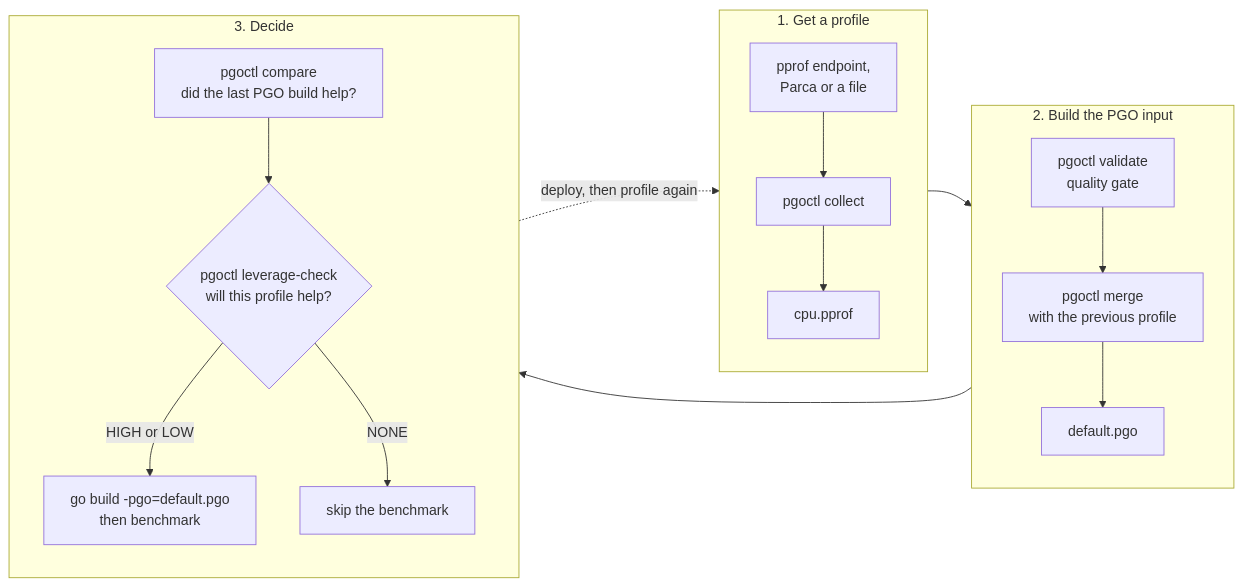
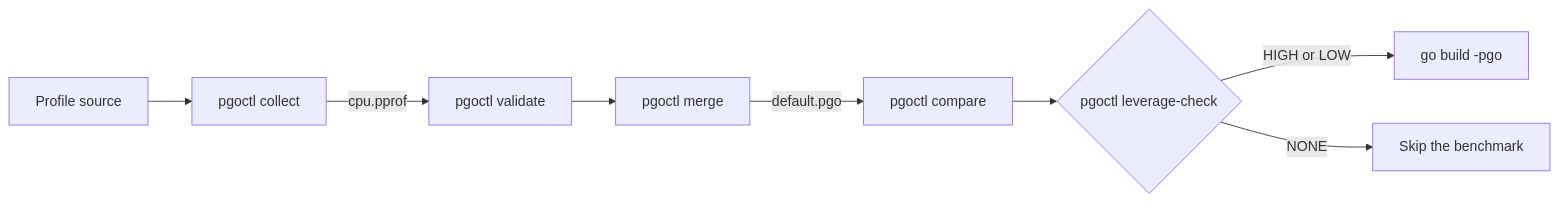
Before and after one commit to better-go-labs/pgoctl: the diagram in README.md, drawn with Mermaid. The commit also changed other lines of this file, not shown here.

Commit message:
docs(readme): one-row pipeline diagram and an exact NONE definition
The three-stage diagram clipped its multi-line labels on GitHub, and its
loop-back edge made the layout read centre, right, then left. It is now
one left-to-right row with single-line labels, the file names on the
edges, and a table of what each step answers below it.

NONE does not mean "nothing to act on": snappy is NONE with 2 extra
inlines. The table now says what the code does, fewer than 5
module-scoped extra inlines and no module-scoped devirtualizations.

````diff
--- a/README.md
+++ b/README.md
@@ -20,19 +20,10 @@
 ```mermaid
 flowchart LR
-    subgraph S1["1. Get a profile"]
-        direction TB
-        SRC["pprof endpoint,<br/>Parca or a file"] --> COL["pgoctl collect"] --> CPU["cpu.pprof"]
-    end
-    subgraph S2["2. Build the PGO input"]
-        direction TB
-        VAL["pgoctl validate<br/>quality gate"] --> MRG["pgoctl merge<br/>with the previous profile"] --> PGO["default.pgo"]
-    end
-    subgraph S3["3. Decide"]
-        direction TB
-        CMP["pgoctl compare<br/>did the last PGO build help?"] --> LEV{"pgoctl leverage-check<br/>will this profile help?"}
-        LEV -->|HIGH or LOW| BLD["go build -pgo=default.pgo<br/>then benchmark"]
-        LEV -->|NONE| SKIP["skip the benchmark"]
-    end
-    S1 --> S2 --> S3
-    S3 -.->|deploy, then profile again| S1
+    SRC[Profile source] --> COL[pgoctl collect]
+    COL -->|cpu.pprof| VAL[pgoctl validate]
+    VAL --> MRG[pgoctl merge]
+    MRG -->|default.pgo| CMP[pgoctl compare]
+    CMP --> LEV{pgoctl leverage-check}
+    LEV -->|HIGH or LOW| BLD[go build -pgo]
+    LEV -->|NONE| SKIP[Skip the benchmark]
 ```
````
